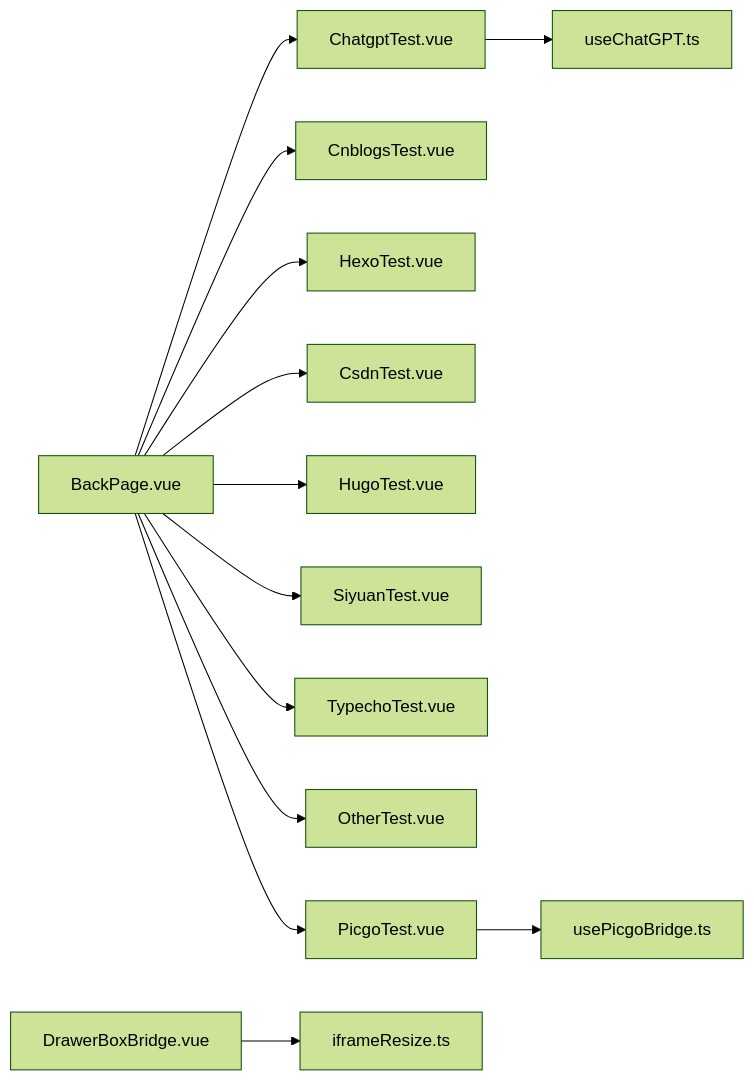
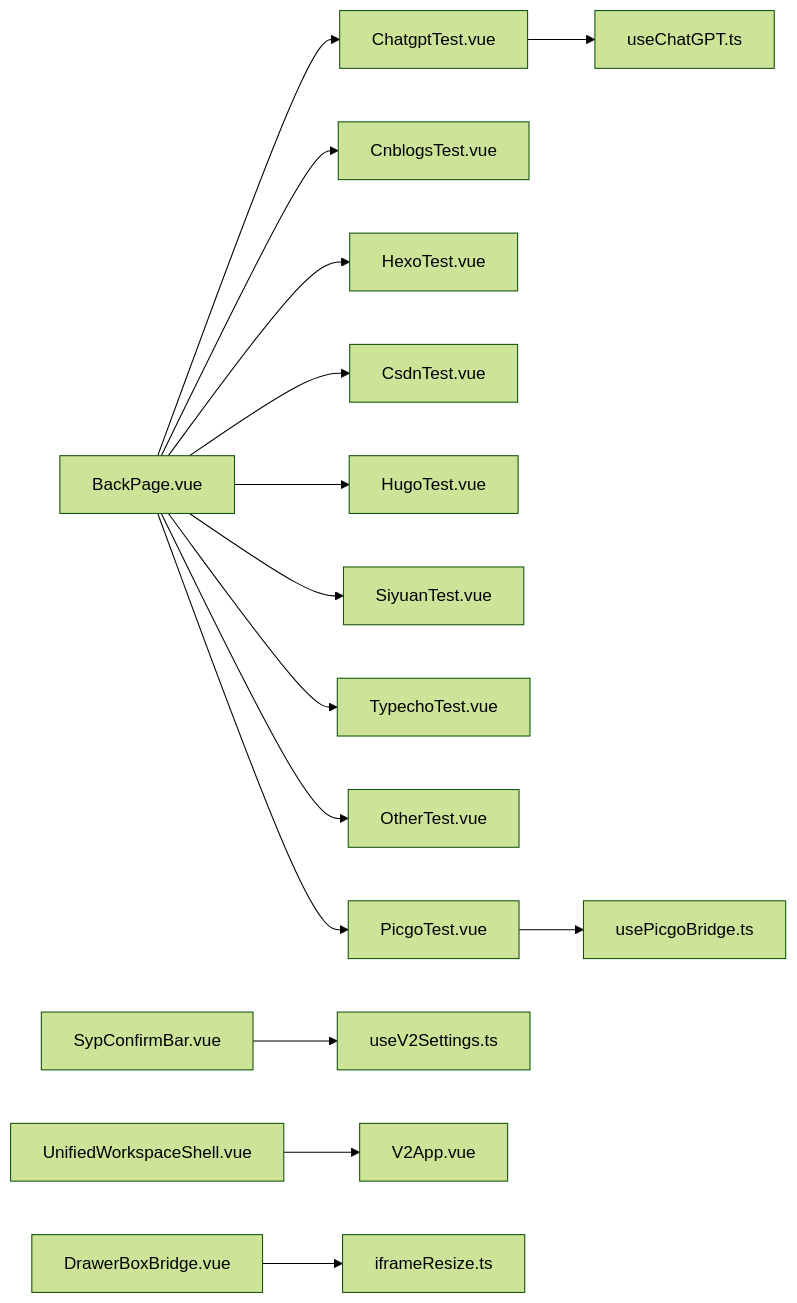
Before and after one commit to terwer/siyuan-plugin-publisher: the eighth of 8 diagrams in .qoder/repowiki/zh/content/用户界面组件/通用组件.md, drawn with Mermaid (forest theme). The commit also changed other lines of this file and 25 other files, not shown here.

````diff
--- a/.qoder/repowiki/zh/content/用户界面组件/通用组件.md
+++ b/.qoder/repowiki/zh/content/用户界面组件/通用组件.md
@@ -341,15 +421,17 @@
 ```mermaid
 graph LR
 BP["BackPage.vue"] --> CGPT["ChatgptTest.vue"]
 BP --> CNB["CnblogsTest.vue"]
 BP --> HEXO["HexoTest.vue"]
 BP --> CSDN["CsdnTest.vue"]
 BP --> HUGO["HugoTest.vue"]
 BP --> SIY["SiyuanTest.vue"]
 BP --> TYPE["TypechoTest.vue"]
 BP --> OTHER["OtherTest.vue"]
 BP --> PICGO["PicgoTest.vue"]
+SCB["SypConfirmBar.vue"] --> UV2S["useV2Settings.ts"]
+UWS["UnifiedWorkspaceShell.vue"] --> V2APP["V2App.vue"]
 CGPT --> UC["useChatGPT.ts"]
 PICGO --> UP["usePicgoBridge.ts"]
 DBB["DrawerBoxBridge.vue"] --> IFD["iframeResize.ts"]
 ```
````
